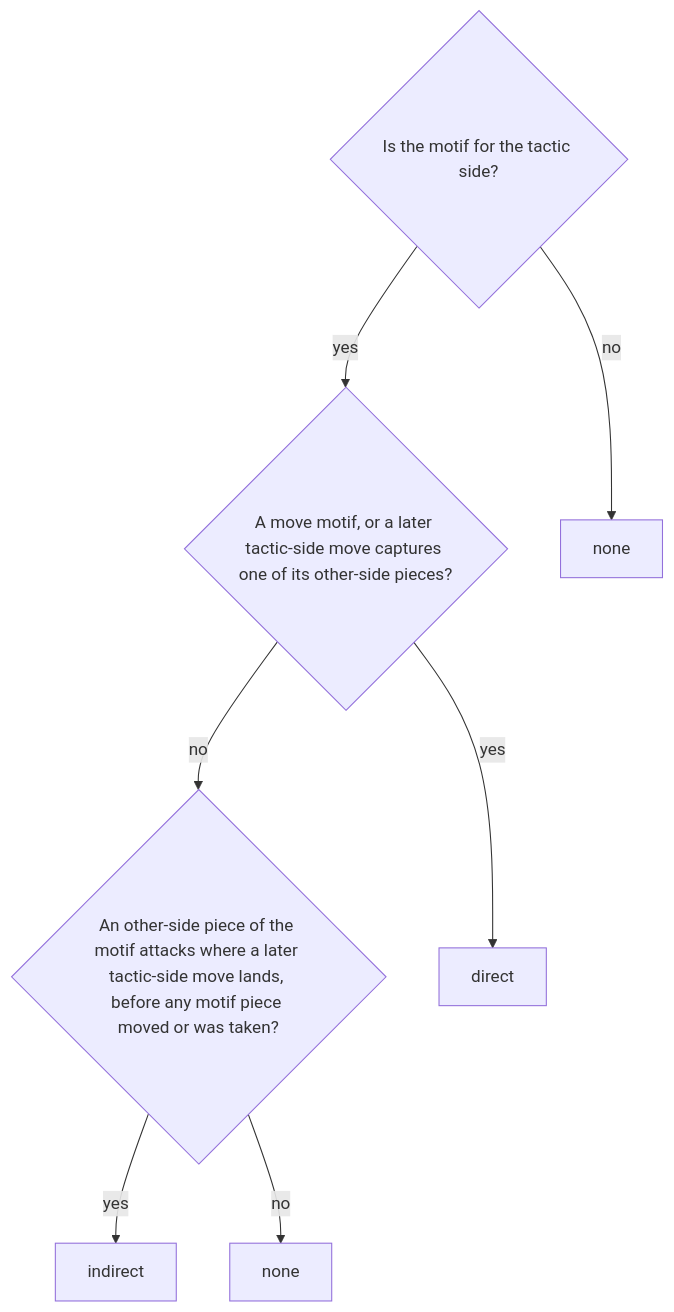
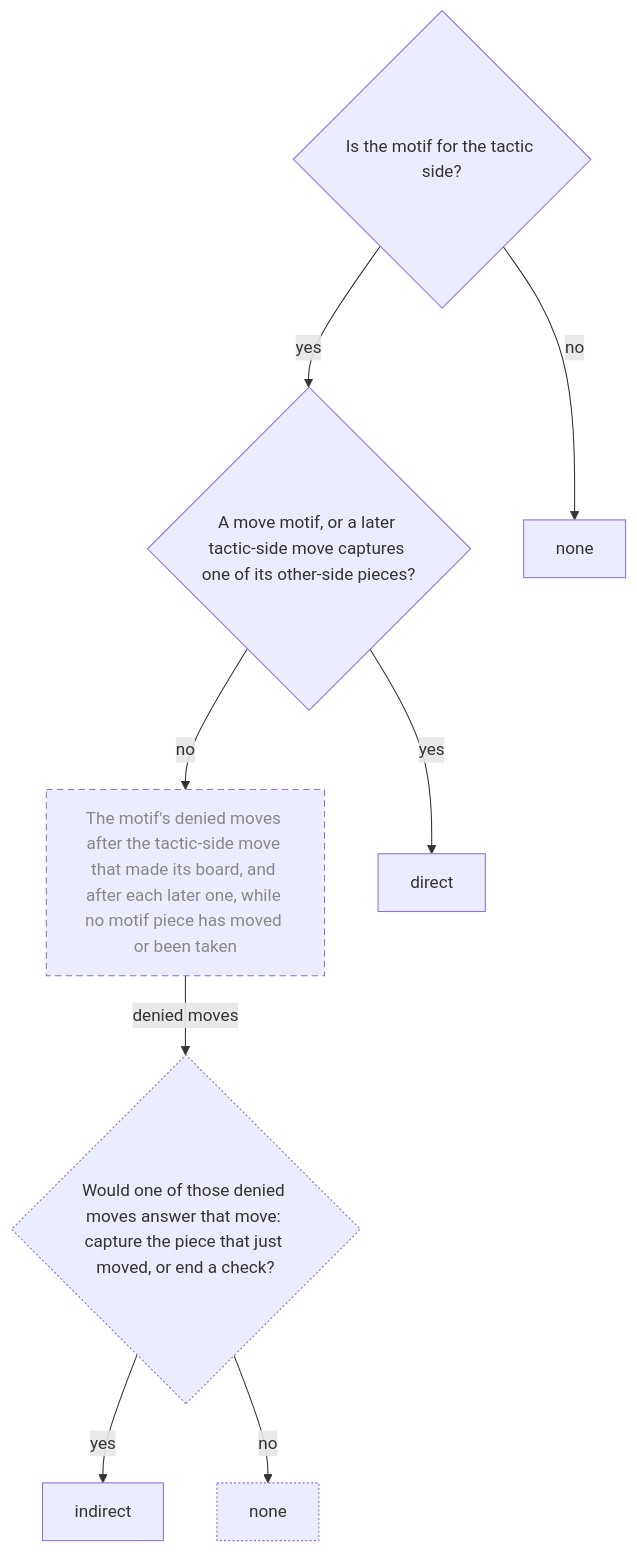
Diagram 17 of 21 in Planning/DBC/CONCEPTS.md (aurja/ChessWhy), drawn with Mermaid before and after one commit. The commit also changed other lines of this file and 5 other files, not shown here.

````diff
--- a/Planning/DBC/CONCEPTS.md
+++ b/Planning/DBC/CONCEPTS.md
@@ -705,19 +725,23 @@
 ```mermaid
 flowchart TD
     CoSide{"Is the motif for the tactic side?"}
     CoDirect{"A move motif, or a later tactic-side move captures one of its other-side pieces?"}
-    CoIndirect{"An other-side piece of the motif attacks where a later tactic-side move lands, before any motif piece moved or was taken?"}
+    CoDenied["The motif's denied moves after the tactic-side move that made its board, and after each later one, while no motif piece has moved or been taken"]
+    CoIndirect{"Would one of those denied moves answer that move: capture the piece that just moved, or end a check?"}
     CoOtherSide["none"]
     CoIsDirect["direct"]
     CoIsIndirect["indirect"]
     CoNotUsed["none"]
     CoSide -->|no| CoOtherSide
     CoSide -->|yes| CoDirect
     CoDirect -->|yes| CoIsDirect
-    CoDirect -->|no| CoIndirect
+    CoDirect -->|no| CoDenied
+    CoDenied -->|denied moves| CoIndirect
     CoIndirect -->|yes| CoIsIndirect
     CoIndirect -->|no| CoNotUsed
     classDef planned stroke-dasharray:6 4,color:#888
     classDef partial stroke-dasharray:2 2
     classDef external stroke-dasharray:1 3,color:#999
+    class CoIndirect,CoNotUsed partial
+    class CoDenied planned
 ```
````
